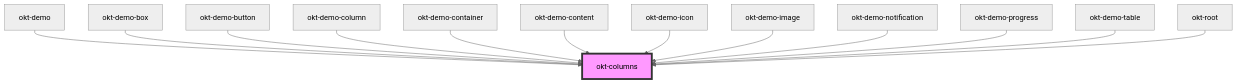
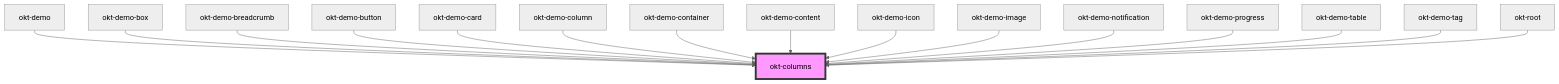
One commit to oktopusdgtl/bulma-components changed the diagram in src/components/columns/readme.md. Above: the diagram before and after it, drawn with Mermaid (neutral theme). The commit also changed other lines of this file and 32 other files, not shown here.

````diff
--- a/src/components/columns/readme.md
+++ b/src/components/columns/readme.md
@@ -44,16 +47,19 @@
 ```mermaid
 graph TD;
   okt-demo --> okt-columns
   okt-demo-box --> okt-columns
+  okt-demo-breadcrumb --> okt-columns
   okt-demo-button --> okt-columns
+  okt-demo-card --> okt-columns
   okt-demo-column --> okt-columns
   okt-demo-container --> okt-columns
   okt-demo-content --> okt-columns
   okt-demo-icon --> okt-columns
   okt-demo-image --> okt-columns
   okt-demo-notification --> okt-columns
   okt-demo-progress --> okt-columns
   okt-demo-table --> okt-columns
+  okt-demo-tag --> okt-columns
   okt-root --> okt-columns
   style okt-columns fill:#f9f,stroke:#333,stroke-width:4px
 ```
````
